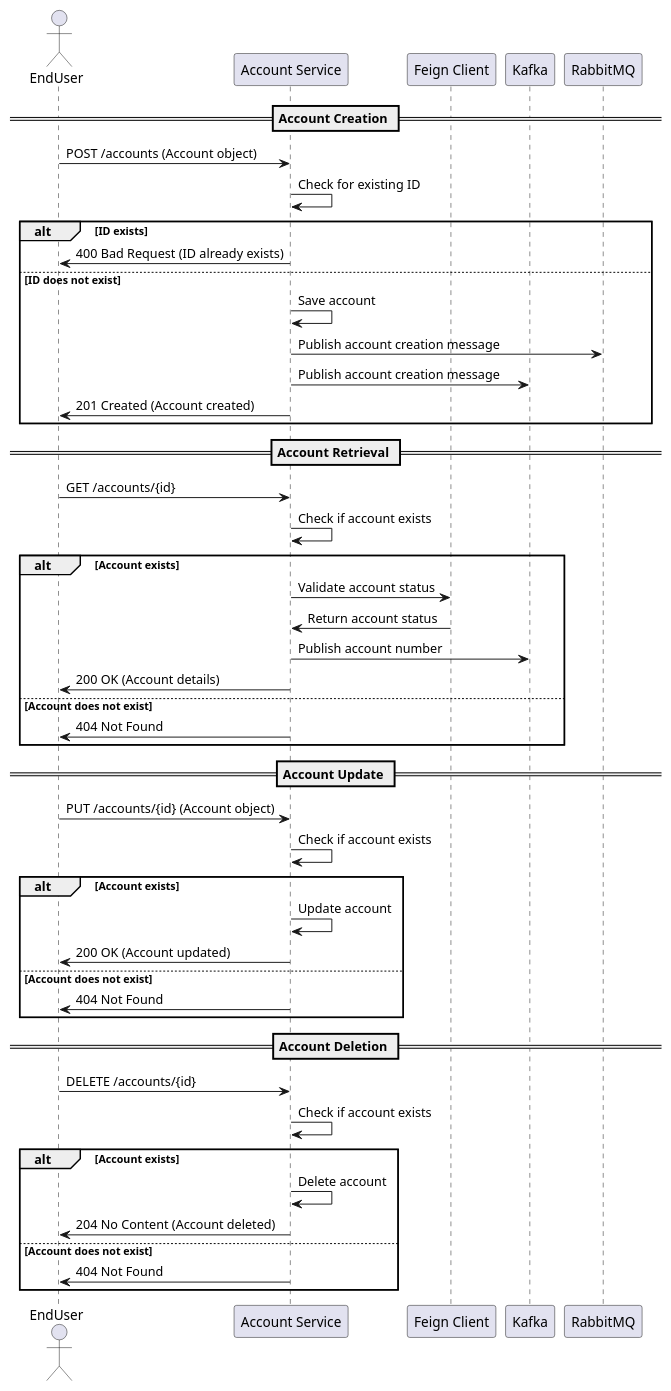
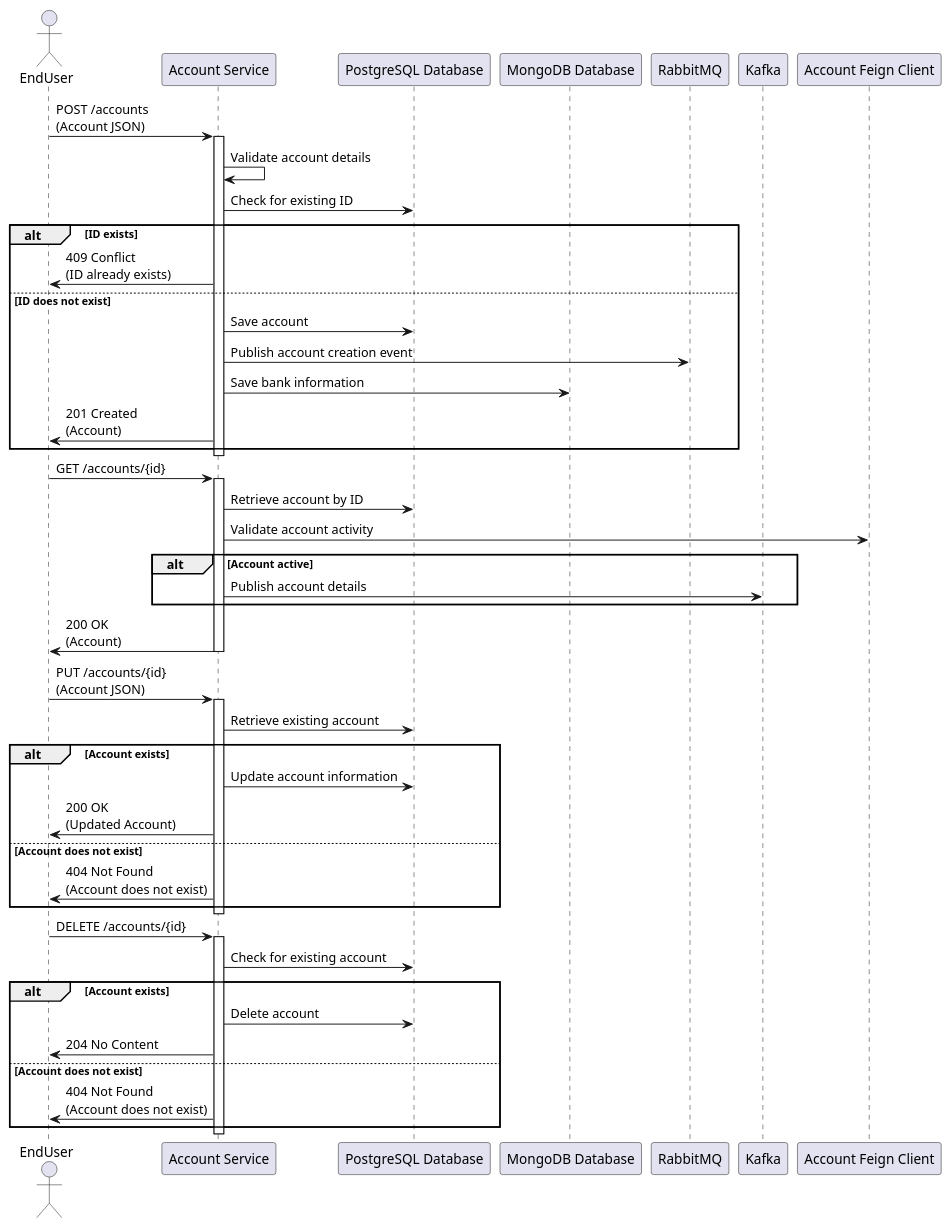
The diagram in design_document/Account_Service.md (Bhaskar-Pavan/AccountService), drawn with PlantUML before and after one commit. The commit also changed other lines of this file, not shown here.

````diff
--- a/design_document/Account_Service.md
+++ b/design_document/Account_Service.md
@@ -37,54 +36,58 @@
 ```plantuml
 @startuml
 actor EndUser as User
-participant "Account Service" as Service
-participant "Feign Client" as Feign
+participant "Account Service" as AccountService
+participant "PostgreSQL Database" as PostgreSQL
+participant "MongoDB Database" as MongoDB
+participant "RabbitMQ" as RabbitMQ
 participant "Kafka" as Kafka
-participant "RabbitMQ" as RabbitMQ
+participant "Account Feign Client" as FeignClient
 
-== Account Creation ==
-User -> Service : POST /accounts (Account object)
-Service -> Service : Check for existing ID
+User -> AccountService : POST /accounts\n(Account JSON)
+activate AccountService
+AccountService -> AccountService : Validate account details
+AccountService -> PostgreSQL : Check for existing ID
 alt ID exists
-    Service -> User : 400 Bad Request (ID already exists)
+    AccountService -> User : 409 Conflict\n(ID already exists)
 else ID does not exist
-    Service -> Service : Save account
-    Service -> RabbitMQ : Publish account creation message
-    Service -> Kafka : Publish account creation message
-    Service -> User : 201 Created (Account created)
+    AccountService -> PostgreSQL : Save account
+    AccountService -> RabbitMQ : Publish account creation event
+    AccountService -> MongoDB : Save bank information
+    AccountService -> User : 201 Created\n(Account)
 end
+deactivate AccountService
 
-== Account Retrieval ==
-User -> Service : GET /accounts/{id}
-Service -> Service : Check if account exists
+User -> AccountService : GET /accounts/{id}
+activate AccountService
+AccountService -> PostgreSQL : Retrieve account by ID
+AccountService -> FeignClient : Validate account activity
+alt Account active
+    AccountService -> Kafka : Publish account details
+end
+AccountService -> User : 200 OK\n(Account)
+deactivate AccountService
+
+User -> AccountService : PUT /accounts/{id}\n(Account JSON)
+activate AccountService
+AccountService -> PostgreSQL : Retrieve existing account
 alt Account exists
-    Service -> Feign : Validate account status
-    Feign -> Service : Return account status
-    Service -> Kafka : Publish account number
-    Service -> User : 200 OK (Account details)
+    AccountService -> PostgreSQL : Update account information
+    AccountService -> User : 200 OK\n(Updated Account)
 else Account does not exist
-    Service -> User : 404 Not Found
+    AccountService -> User : 404 Not Found\n(Account does not exist)
 end
+deactivate AccountService
 
-== Account Update ==
-User -> Service : PUT /accounts/{id} (Account object)
-Service -> Service : Check if account exists
+User -> AccountService : DELETE /accounts/{id}
+activate AccountService
+AccountService -> PostgreSQL : Check for existing account
 alt Account exists
-    Service -> Service : Update account
-    Service -> User : 200 OK (Account updated)
+    AccountService -> PostgreSQL : Delete account
+    AccountService -> User : 204 No Content
 else Account does not exist
-    Service -> User : 404 Not Found
+    AccountService -> User : 404 Not Found\n(Account does not exist)
 end
-
-== Account Deletion ==
-User -> Service : DELETE /accounts/{id}
-Service -> Service : Check if account exists
-alt Account exists
-    Service -> Service : Delete account
-    Service -> User : 204 No Content (Account deleted)
-else Account does not exist
-    Service -> User : 404 Not Found
-end
+deactivate AccountService
 
 @enduml
 ```
````
